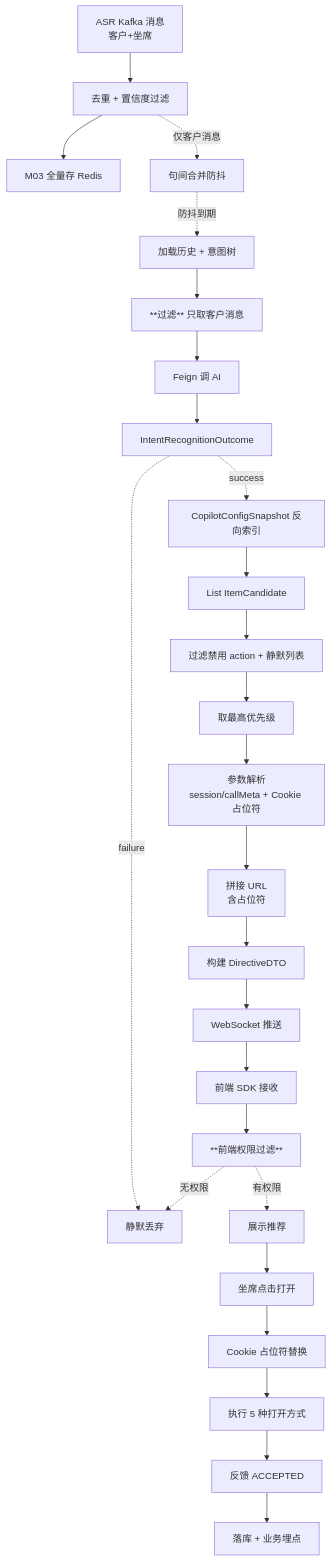
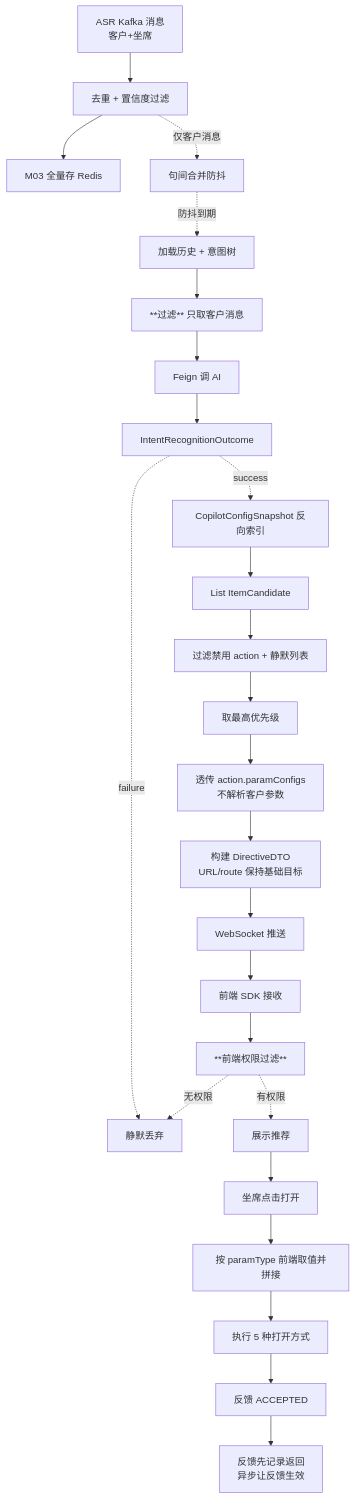
The third of 24 diagrams in cs-copilot-service/docs/dd-v1.2.md (qzz617/copilot), drawn with Mermaid before and after one commit. The commit also changed other lines of this file and 12 other files, not shown here.

````diff
--- a/cs-copilot-service/docs/dd-v1.2.md
+++ b/cs-copilot-service/docs/dd-v1.2.md
@@ -401,28 +401,27 @@
 ```mermaid
 flowchart TD
     A[ASR Kafka 消息<br/>客户+坐席] --> B[去重 + 置信度过滤]
     B --> C[M03 全量存 Redis]
     B -.仅客户消息.-> D[句间合并防抖]
     D -.防抖到期.-> E[加载历史 + 意图树]
     E --> F[**过滤** 只取客户消息]
     F --> G[Feign 调 AI]
     G --> H[IntentRecognitionOutcome]
     H -.success.-> I[CopilotConfigSnapshot 反向索引]
     H -.failure.-> X[记录 trigger_log FAIL]
     I --> J[List ItemCandidate]
     J --> K[过滤禁用 action + 静默列表]
     K --> L[取最高优先级]
-    L --> M[参数解析<br/>session/callMeta + Cookie 占位符]
-    M --> N[拼接 URL<br/>含占位符]
-    N --> O[构建 DirectiveDTO]
-    O --> P[WebSocket 推送]
-    P --> Q[前端 SDK 接收]
-    Q --> R[**前端权限过滤**]
-    R -.有权限.-> S[展示推荐]
-    R -.无权限.-> X[静默丢弃]
+    L --> M[透传 action.paramConfigs<br/>不解析客户参数]
+    M --> N[构建 DirectiveDTO<br/>URL/route 保持基础目标]
+    N --> O[WebSocket 推送]
+    O --> P[前端 SDK 接收]
+    P --> Q[**前端权限过滤**]
+    Q -.有权限.-> S[展示推荐]
+    Q -.无权限.-> X[静默丢弃]
     S --> T[坐席点击打开]
-    T --> U[Cookie 占位符替换]
+    T --> U[按 paramType 前端取值并拼接]
     U --> V[执行 5 种打开方式]
     V --> W[反馈 ACCEPTED]
-    W --> Y[落库 + 业务埋点]
+    W --> Y[反馈先记录返回<br/>异步让反馈生效]
 ```
````
